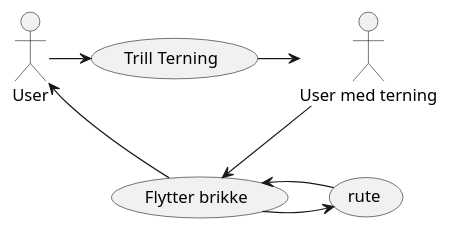
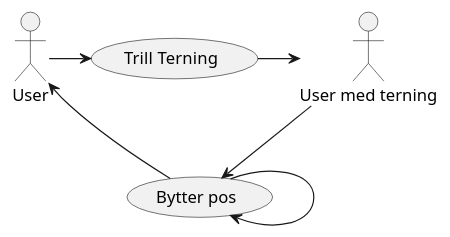
One commit to S571736/DAT109_oblig1 changed the diagram in src/no/hvl/DAT109/Diagrams/UserCase.puml. Above: the diagram before and after it, drawn with PlantUML. The commit also changed 3 other files, not shown here.

```diff
--- a/src/no/hvl/DAT109/Diagrams/UserCase.puml
+++ b/src/no/hvl/DAT109/Diagrams/UserCase.puml
@@ -1,8 +1,7 @@
 @startuml
 :User: -right-> (Trill Terning)
 (Trill Terning) -right-> :User med terning:
-:User med terning: -down-> (Flytter brikke)
-(Flytter brikke) -> (rute)
-(rute) -> (Flytter brikke)
-(Flytter brikke) -> User
+:User med terning: -down-> (Bytter pos)
+(Bytter pos) -> (Bytter pos)
+(Bytter pos) -> User
 @enduml
```
